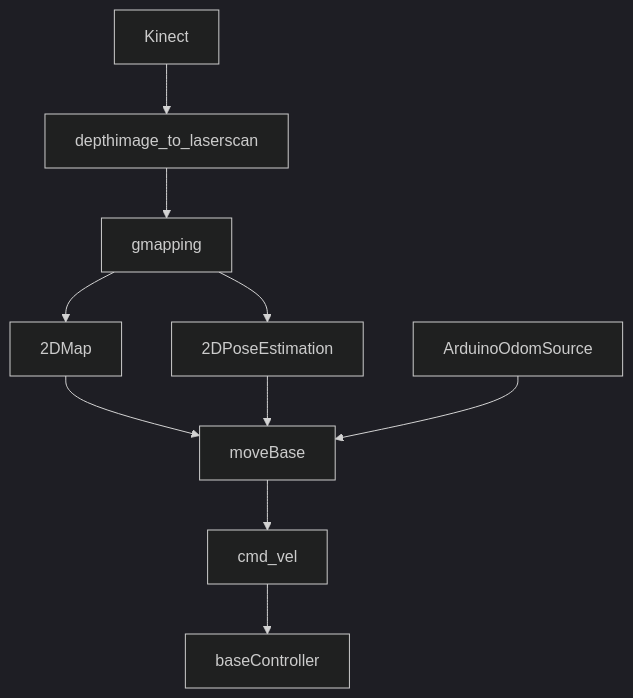
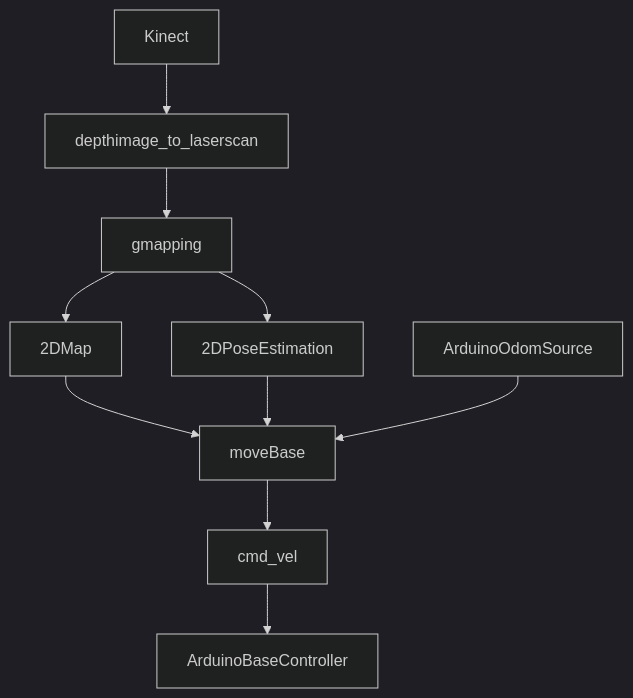
The diagram in README.md (adrianLIrobotics/SLAM_robot), drawn with Mermaid (dark theme) before and after one commit.

````diff
--- a/README.md
+++ b/README.md
@@ -21,12 +21,12 @@
 ```mermaid
 graph TD;
   Kinect-->depthimage_to_laserscan
   depthimage_to_laserscan-->gmapping
   gmapping-->2DMap
   2DMap-->moveBase
   gmapping-->2DPoseEstimation
   2DPoseEstimation-->moveBase
   ArduinoOdomSource-->moveBase
   moveBase-->cmd_vel
-  cmd_vel-->baseController
+  cmd_vel-->ArduinoBaseController
 ```
````
